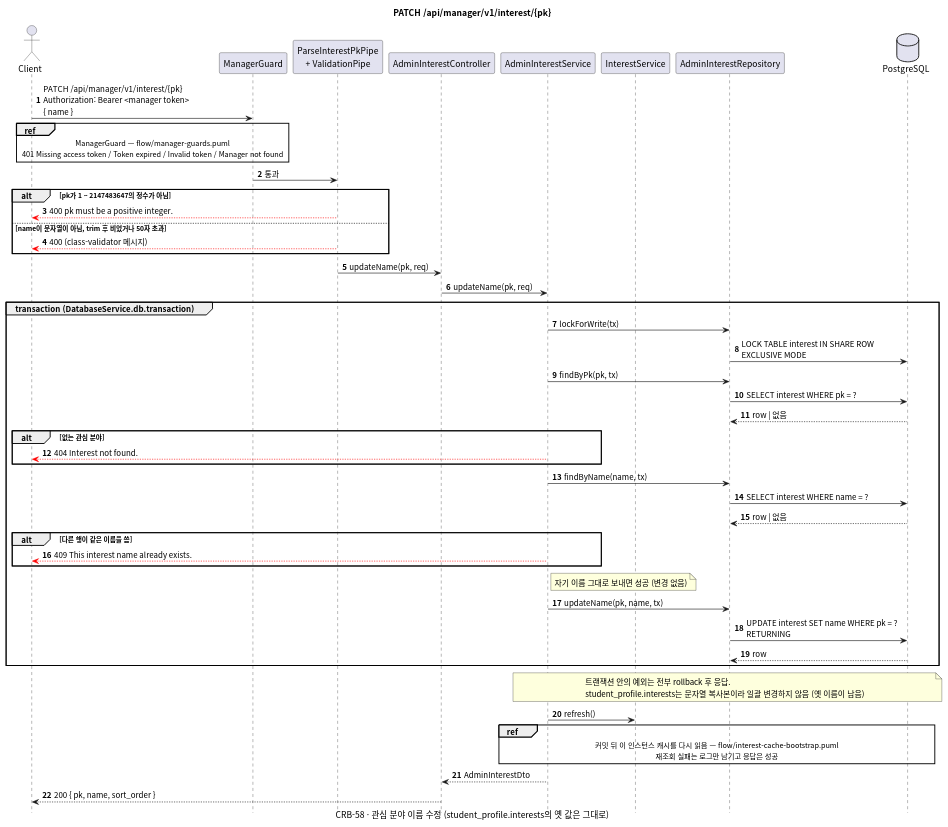
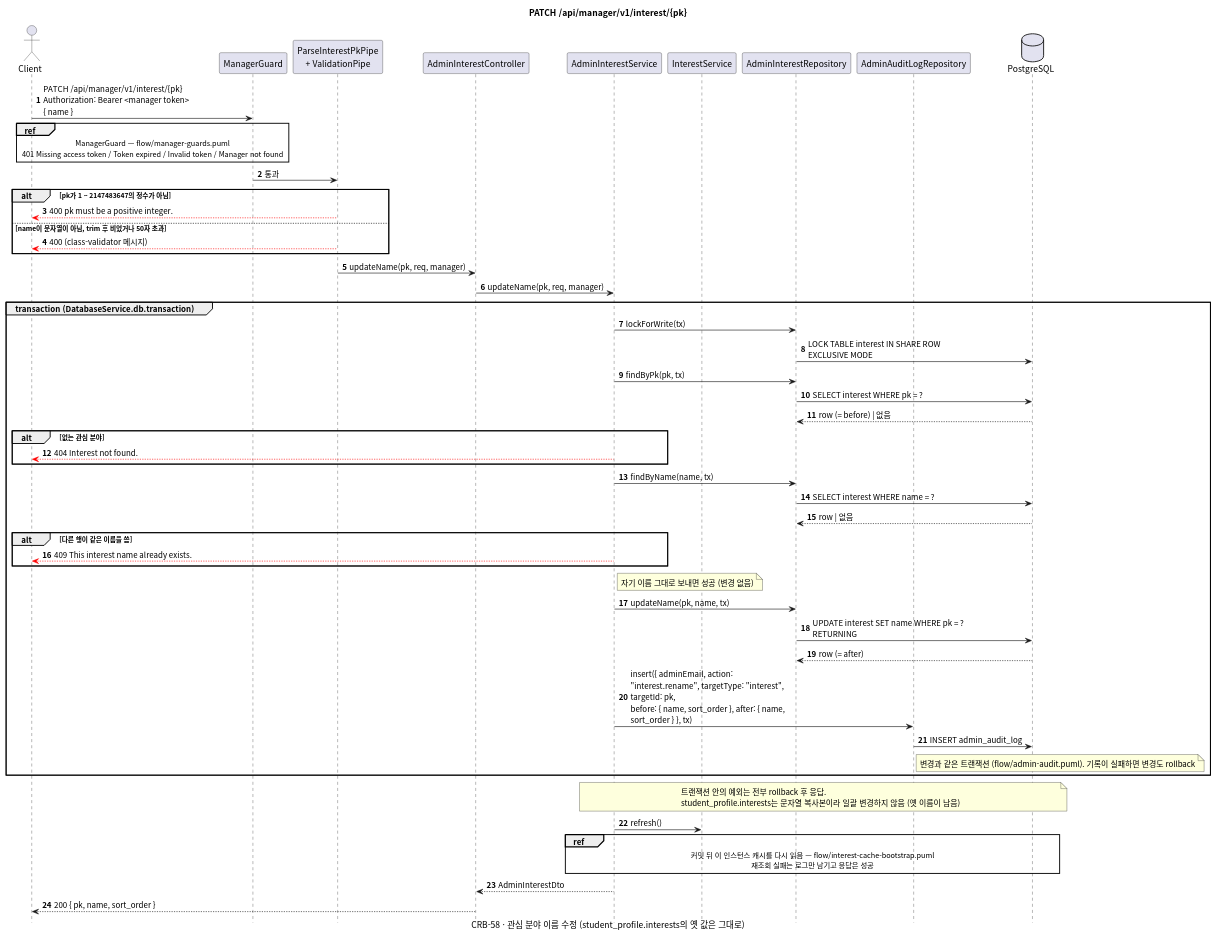
Before and after one commit to gsainfoteam/cheers-be: the diagram in docs/sequence/manager/patch-interest-pk.puml, drawn with PlantUML. The commit also changed 88 other files, not shown here.

Commit message:
- feat: 어드민 변경 감사 로그(admin_audit_log, 변경 전·후 값)와 접근 로그 · 감사 로그 조회 API

```diff
--- a/docs/sequence/manager/patch-interest-pk.puml
+++ b/docs/sequence/manager/patch-interest-pk.puml
@@ -1,62 +1,66 @@
 @startuml patch-manager-interest-pk
 skinparam defaultFontName "Apple SD Gothic Neo", "Noto Sans CJK KR", sans-serif
 skinparam responseMessageBelowArrow true
 skinparam sequenceMessageAlign left
 skinparam maxMessageSize 260
 skinparam BoxPadding 8
 skinparam shadowing false
 autonumber
 hide footbox
 
 title PATCH /api/manager/v1/interest/{pk}
 caption CRB-58 · 관심 분야 이름 수정 (student_profile.interests의 옛 값은 그대로)
 
 actor Client
 participant "ManagerGuard" as Guard
 participant "ParseInterestPkPipe\n+ ValidationPipe" as Pipe
 participant "AdminInterestController" as Controller
 participant "AdminInterestService" as Service
 participant "InterestService" as InterestService
 participant "AdminInterestRepository" as AdminInterestRepository
+participant "AdminAuditLogRepository" as AdminAuditLogRepository
 database PostgreSQL
 
 Client -> Guard: PATCH /api/manager/v1/interest/{pk}\nAuthorization: Bearer <manager token>\n{ name }
 ref over Client, Guard: ManagerGuard — flow/manager-guards.puml\n401 Missing access token / Token expired / Invalid token / Manager not found
 Guard -> Pipe: 통과
 alt pk가 1 ~ 2147483647의 정수가 아님
   Pipe -[#red]-> Client: 400 pk must be a positive integer.
 else name이 문자열이 아님, trim 후 비었거나 50자 초과
   Pipe -[#red]-> Client: 400 (class-validator 메시지)
 end
-Pipe -> Controller: updateName(pk, req)
-Controller -> Service: updateName(pk, req)
+Pipe -> Controller: updateName(pk, req, manager)
+Controller -> Service: updateName(pk, req, manager)
 group transaction (DatabaseService.db.transaction)
   Service -> AdminInterestRepository: lockForWrite(tx)
   AdminInterestRepository -> PostgreSQL: LOCK TABLE interest IN SHARE ROW EXCLUSIVE MODE
   Service -> AdminInterestRepository: findByPk(pk, tx)
   AdminInterestRepository -> PostgreSQL: SELECT interest WHERE pk = ?
-  PostgreSQL --> AdminInterestRepository: row | 없음
+  PostgreSQL --> AdminInterestRepository: row (= before) | 없음
   alt 없는 관심 분야
     Service -[#red]-> Client: 404 Interest not found.
   end
   Service -> AdminInterestRepository: findByName(name, tx)
   AdminInterestRepository -> PostgreSQL: SELECT interest WHERE name = ?
   PostgreSQL --> AdminInterestRepository: row | 없음
   alt 다른 행이 같은 이름을 씀
     Service -[#red]-> Client: 409 This interest name already exists.
   end
   note right of Service: 자기 이름 그대로 보내면 성공 (변경 없음)
   Service -> AdminInterestRepository: updateName(pk, name, tx)
   AdminInterestRepository -> PostgreSQL: UPDATE interest SET name WHERE pk = ? RETURNING
-  PostgreSQL --> AdminInterestRepository: row
+  PostgreSQL --> AdminInterestRepository: row (= after)
+  Service -> AdminAuditLogRepository: insert({ adminEmail, action: "interest.rename", targetType: "interest", targetId: pk,\nbefore: { name, sort_order }, after: { name, sort_order } }, tx)
+  AdminAuditLogRepository -> PostgreSQL: INSERT admin_audit_log
+  note right of AdminAuditLogRepository: 변경과 같은 트랜잭션 (flow/admin-audit.puml). 기록이 실패하면 변경도 rollback
 end
 note over Service, PostgreSQL
   트랜잭션 안의 예외는 전부 rollback 후 응답.
   student_profile.interests는 문자열 복사본이라 일괄 변경하지 않음 (옛 이름이 남음)
 end note
 Service -> InterestService: refresh()
 ref over Service, PostgreSQL: 커밋 뒤 이 인스턴스 캐시를 다시 읽음 — flow/interest-cache-bootstrap.puml\n재조회 실패는 로그만 남기고 응답은 성공
 Service --> Controller: AdminInterestDto
 Controller --> Client: 200 { pk, name, sort_order }
 
 @enduml
```
